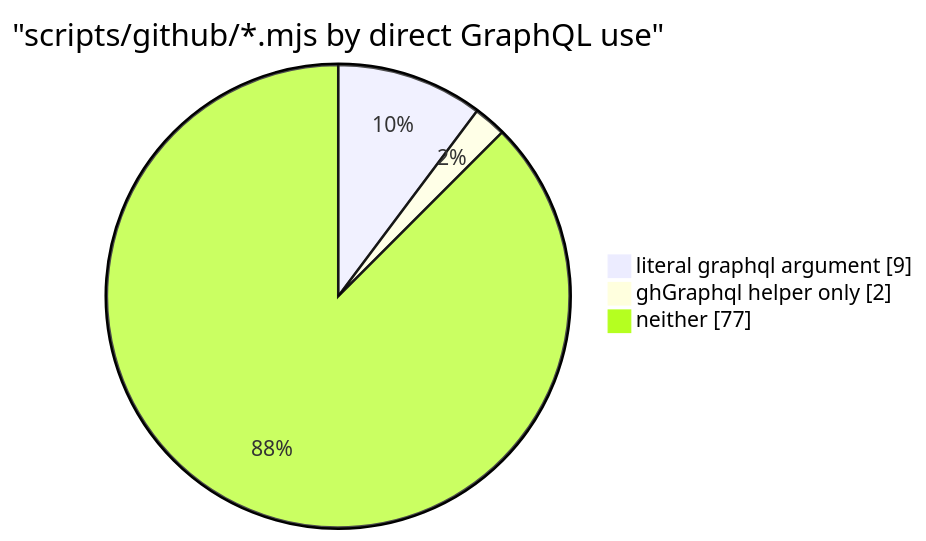
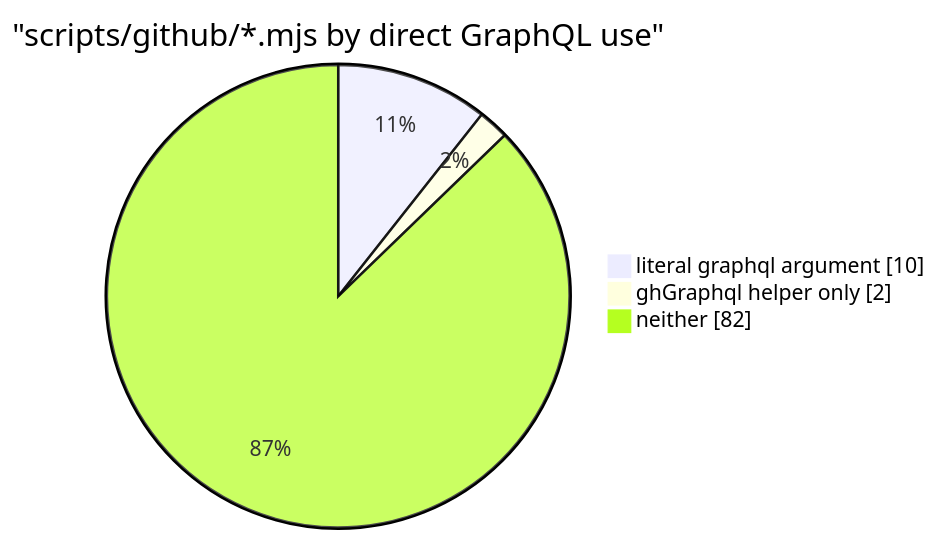
One commit to mfittko/dev-loops changed the ninth of 16 diagrams in docs/atlas/06-integrations.md. Above: the diagram before and after it, drawn with Mermaid. The commit also changed other lines of this file, not shown here.

````diff
--- a/docs/atlas/06-integrations.md
+++ b/docs/atlas/06-integrations.md
@@ -288,7 +288,7 @@
 ```mermaid
 pie showData
   title "scripts/github/*.mjs by direct GraphQL use"
-  "literal graphql argument" : 9
+  "literal graphql argument" : 10
   "ghGraphql helper only" : 2
-  "neither" : 77
+  "neither" : 82
 ```
````
